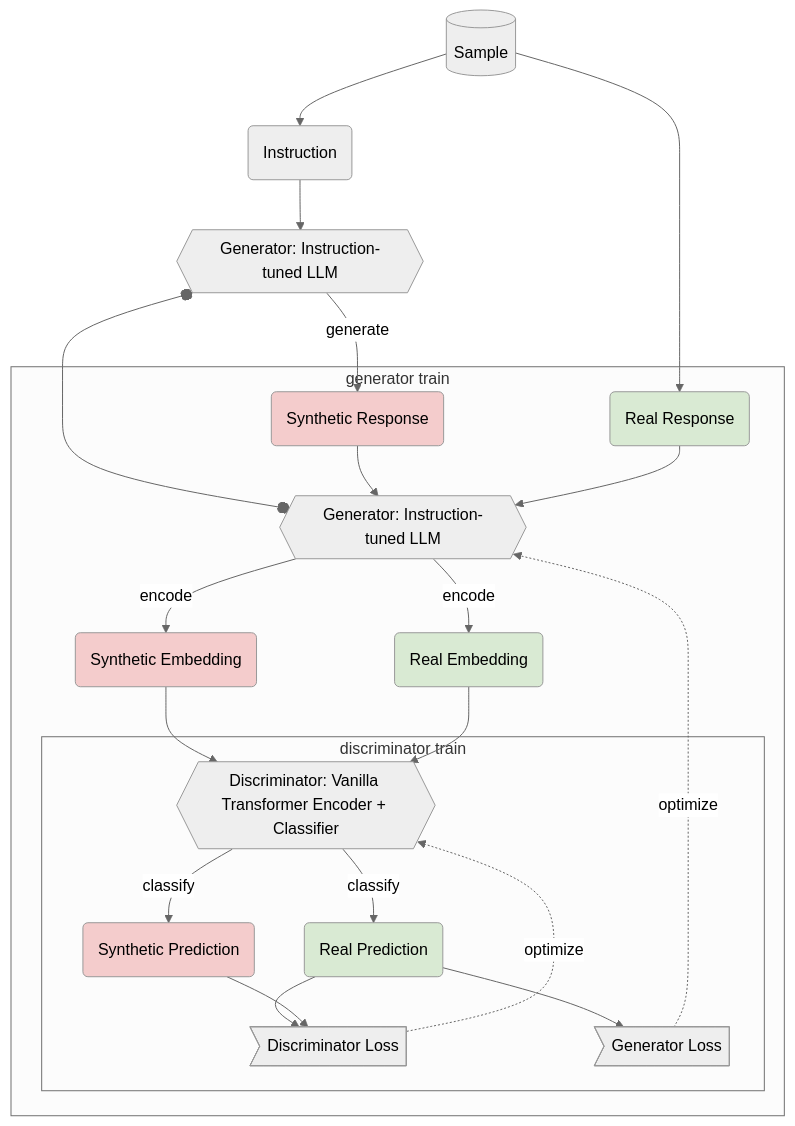
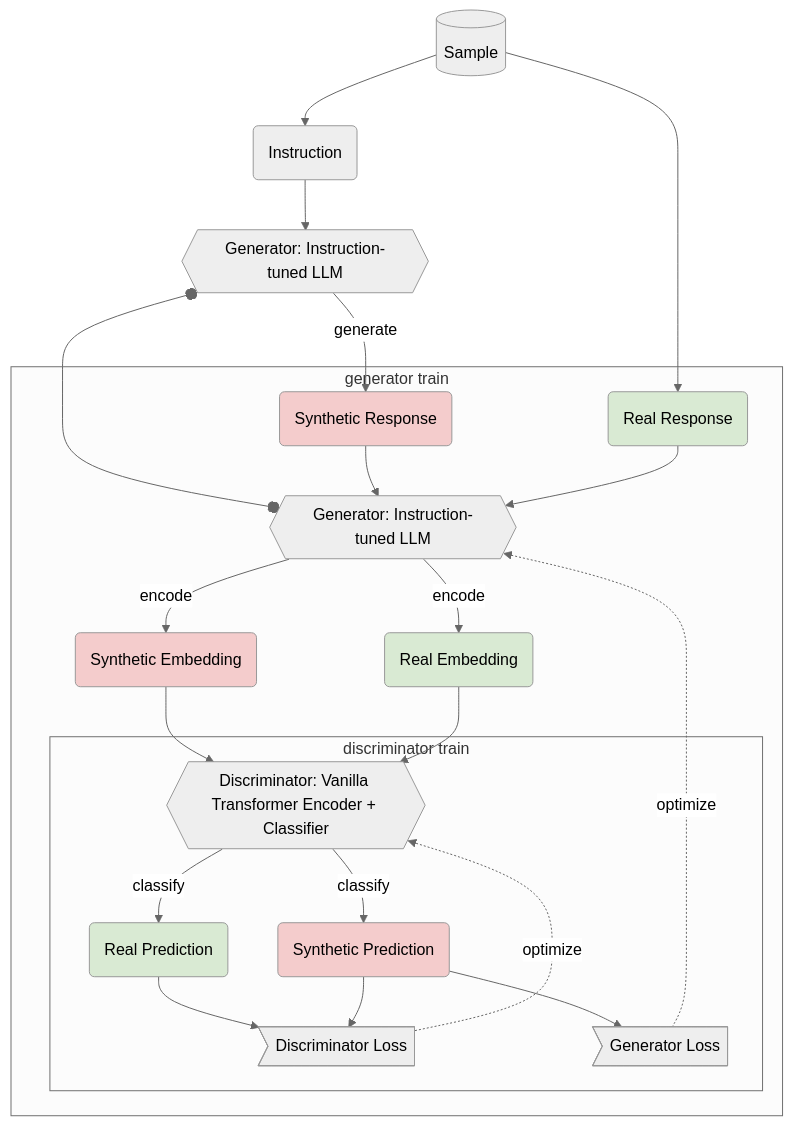
Before and after one commit to simon-muenker/LLM-Reinforcement-GAN: the diagram in README.md, drawn with Mermaid (neutral theme).

Commit message:
fix loss calculation

````diff
--- a/README.md
+++ b/README.md
@@ -7,71 +7,58 @@
 ```mermaid
 flowchart TD
+
+	classDef model fill:#EEE
+	classDef real fill:#d9ead3
+	classDef fake fill:#f4cccc
 
     data[(Sample)]
     instruction(Instruction)
 
-    real_response(Real Response)
-    real_embed(Real Embedding)
-    real_prediction(Real Prediction)
+    real_response(Real Response):::real
+    real_embed(Real Embedding):::real
+    real_prediction(Real Prediction):::real
 
-    synthetic_response(Synthetic Response)
-    synthetic_embed(Synthetic Embedding)
-    synthetic_prediction(Synthetic Prediction)
+    synthetic_response(Synthetic Response):::fake
+    synthetic_embed(Synthetic Embedding):::fake
+    synthetic_prediction(Synthetic Prediction):::fake
 
-    generator{{Generator: Instruction-tuned LLM}}
-    generator_link{{Generator: Instruction-tuned LLM}}
+    generator{{Generator: Instruction-tuned LLM}}:::model
+    generator_link{{Generator: Instruction-tuned LLM}}:::model
     generator o--o generator_link
 
-    discriminator{{Discriminator: Vanilla Transformer Encoder + Classifier}}
+    discriminator{{Discriminator: Vanilla Transformer Encoder + Classifier}}:::model
 
     loss_discriminator>Discriminator Loss]
     loss_generator>Generator Loss]
-
 
 	data --> instruction
     data --> real_response
 
     instruction --> generator
 	
     generator -->|generate| synthetic_response
 
     subgraph train_generator[generator train]
     
         synthetic_response --> generator_link
         real_response --> generator_link
 
         generator_link -->|encode| synthetic_embed
         generator_link -->|encode| real_embed
 
         synthetic_embed & real_embed --> discriminator
 
         subgraph discriminator train
             discriminator -->|classify| real_prediction & synthetic_prediction
 
-            real_prediction --> loss_generator
+            synthetic_prediction --> loss_generator
             real_prediction & synthetic_prediction --> loss_discriminator
 
             loss_discriminator -.->|optimize| discriminator
 
             end
         
         loss_generator -.->|optimize| generator_link
     
     end
-
-
-	classDef model fill:#EEE
-	generator:::model
-	discriminator:::model
-    generator_link:::model
-
-	classDef real fill:#d9ead3
-	real_response:::real
-    real_embed:::real
-    real_prediction:::real
-
-	classDef fake fill:#f4cccc
-	synthetic_response:::fake
-    synthetic_embed:::fake
-    synthetic_prediction:::fake
 ```
````
